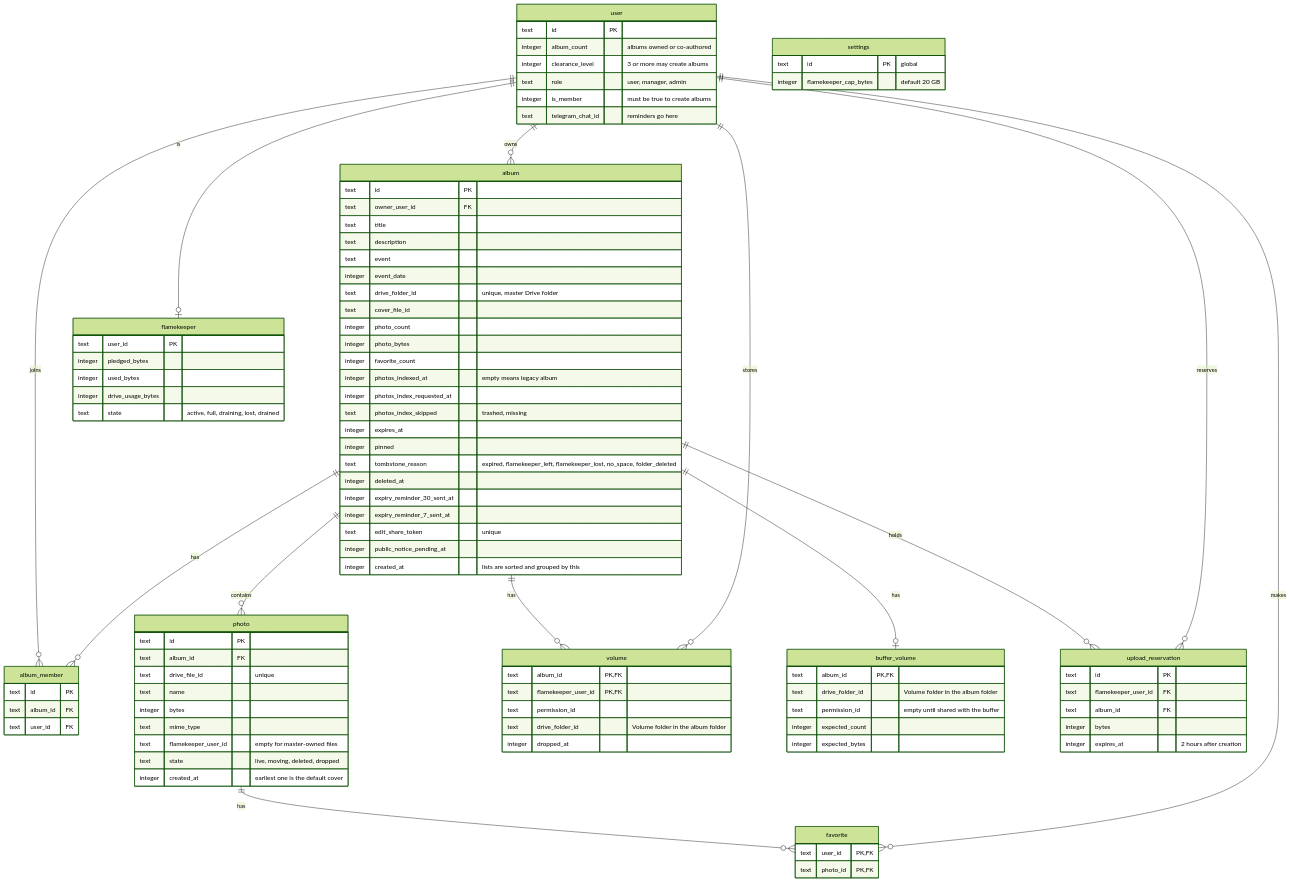
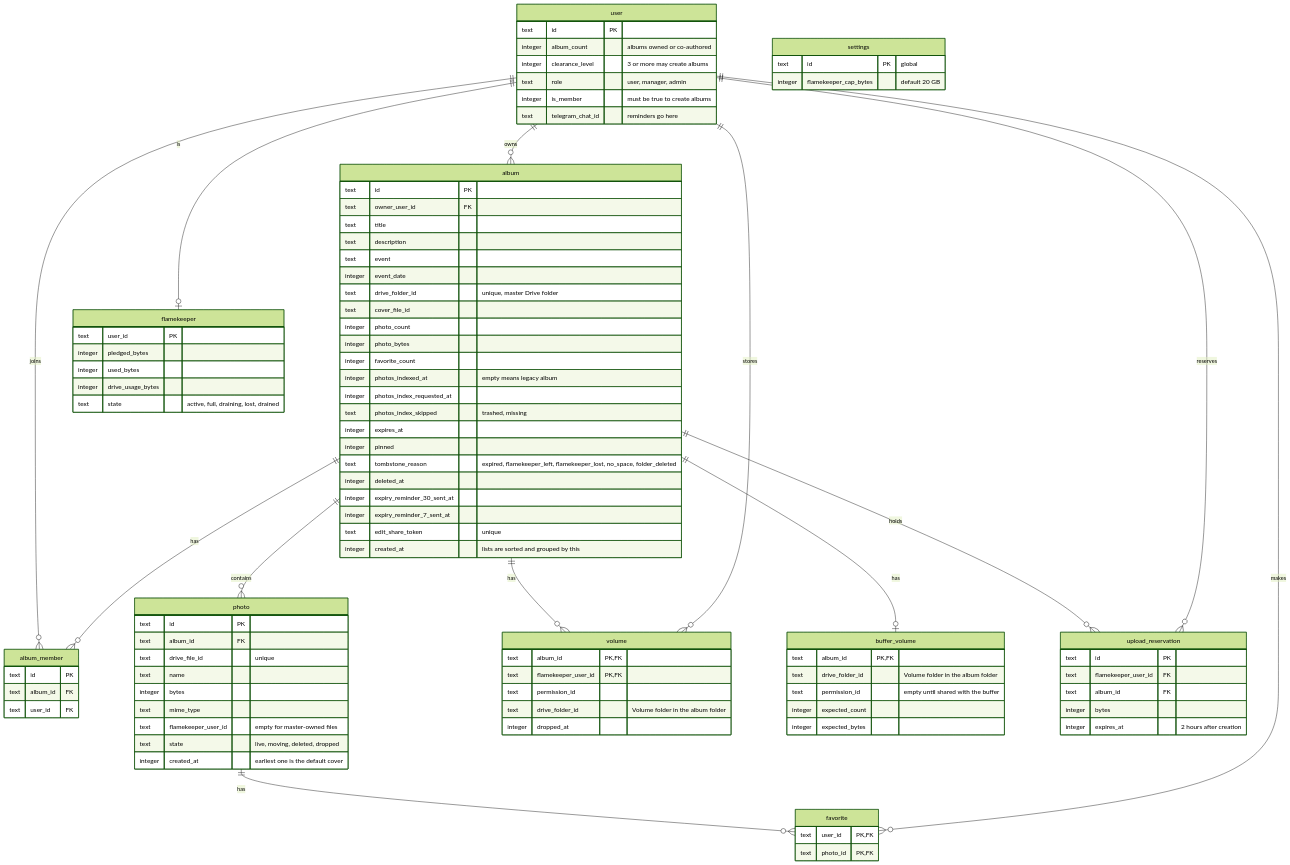
One commit to sagyzdop/meriksirat changed the diagram in docs/scenarios/albums/erd.md. Above: the diagram before and after it, drawn with Mermaid (forest theme). The commit also changed 31 other files, not shown here.

```diff
--- a/docs/scenarios/albums/erd.md
+++ b/docs/scenarios/albums/erd.md
@@ -59,7 +59,6 @@
         integer expiry_reminder_30_sent_at
         integer expiry_reminder_7_sent_at
         text edit_share_token "unique"
-        integer public_notice_pending_at
         integer created_at "lists are sorted and grouped by this"
     }
     album_member {
```
